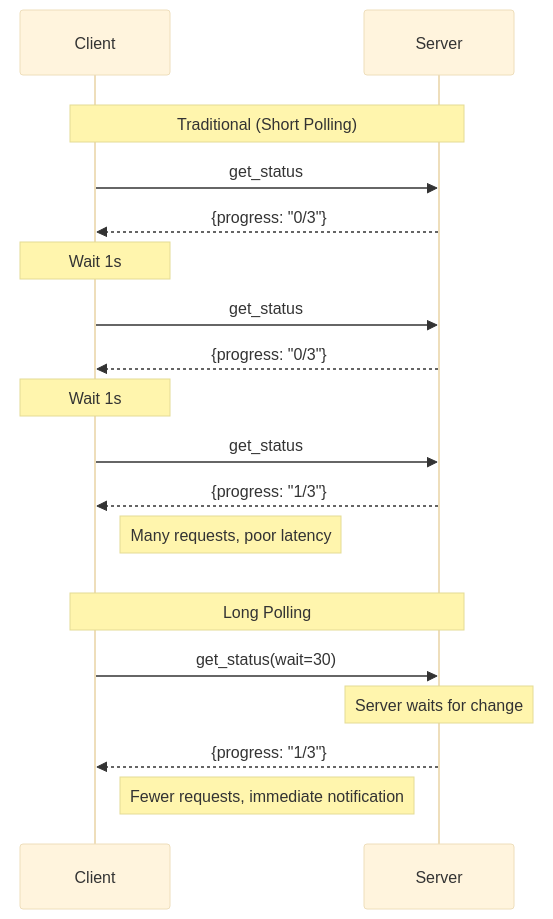
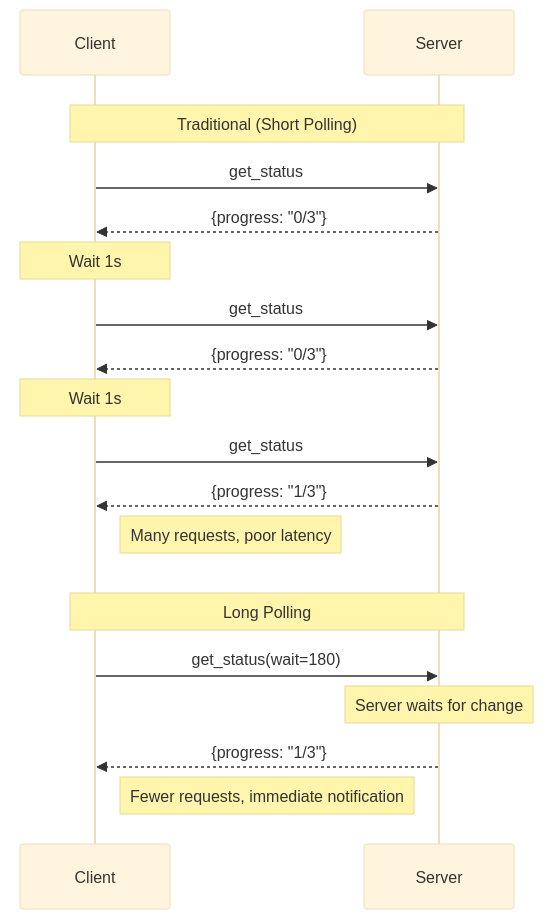
One commit to k-shibuki/lyra changed the second of 3 diagrams in docs/adr/0010-async-search-queue.md. Above: the diagram before and after it, drawn with Mermaid (base theme). The commit also changed other lines of this file and 12 other files, not shown here.

````diff
--- a/docs/adr/0010-async-search-queue.md
+++ b/docs/adr/0010-async-search-queue.md
@@ -105,26 +105,26 @@
 ```mermaid
 sequenceDiagram
     participant C as Client
     participant S as Server
 
     rect rgba(0, 0, 0, 0)
         Note over C,S: Traditional (Short Polling)
         C->>S: get_status
         S-->>C: {progress: "0/3"}
         Note over C: Wait 1s
         C->>S: get_status
         S-->>C: {progress: "0/3"}
         Note over C: Wait 1s
         C->>S: get_status
         S-->>C: {progress: "1/3"}
         Note right of C: Many requests, poor latency
     end
 
     rect rgba(0, 0, 0, 0)
         Note over C,S: Long Polling
-        C->>S: get_status(wait=30)
+        C->>S: get_status(wait=180)
         Note over S: Server waits for change
         S-->>C: {progress: "1/3"}
         Note right of C: Fewer requests, immediate notification
     end
 ```
````
